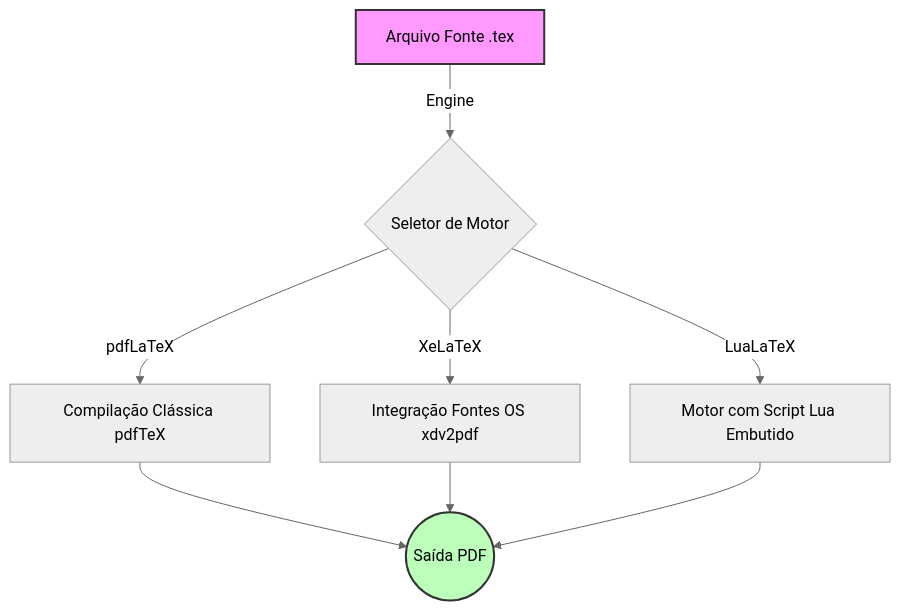
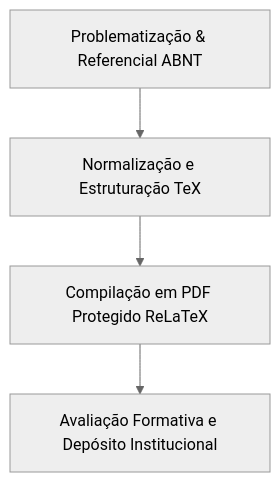
Before and after one commit to pedroiff0/page: the diagram in content/pt-br/resource/latex/aula-11-arquitetura-latex-motores-tex-e-preambulo-tex.md, drawn with Mermaid (neutral theme). The commit also changed other lines of this file and 20 other files, not shown here.

````diff
--- a/content/pt-br/resource/latex/aula-11-arquitetura-latex-motores-tex-e-preambulo-tex.md
+++ b/content/pt-br/resource/latex/aula-11-arquitetura-latex-motores-tex-e-preambulo-tex.md
@@ -100,14 +35,6 @@
 ```mermaid
-graph TD
-    A[Arquivo Fonte .tex] -->|Engine| B{Seletor de Motor}
-    B -->|pdfLaTeX| C[Compilação Clássica pdfTeX]
-    B -->|XeLaTeX| D[Integração Fontes OS xdv2pdf]
-    B -->|LuaLaTeX| E[Motor com Script Lua Embutido]
-    
-    C --> F((Saída PDF))
-    D --> F
-    E --> F
-    
-    style A fill:#f9f,stroke:#333,stroke-width:2px
-    style F fill:#bfb,stroke:#333,stroke-width:2px
+flowchart TD
+    A[Problematização & Referencial ABNT] --> B[Normalização e Estruturação TeX]
+    B --> C[Compilação em PDF Protegido ReLaTeX]
+    C --> D[Avaliação Formativa e Depósito Institucional]
 ```
````
